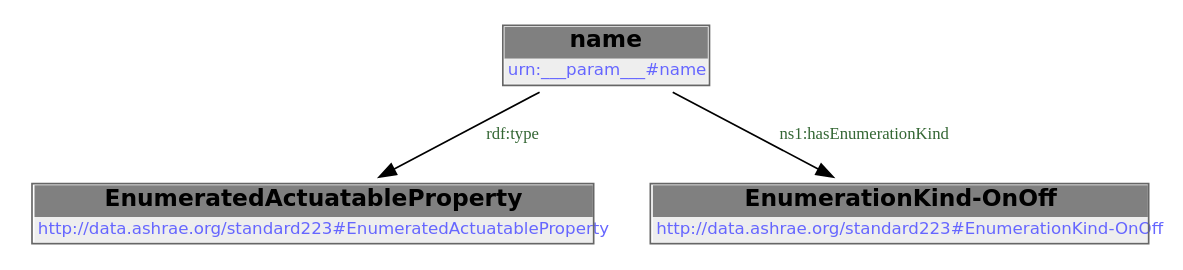
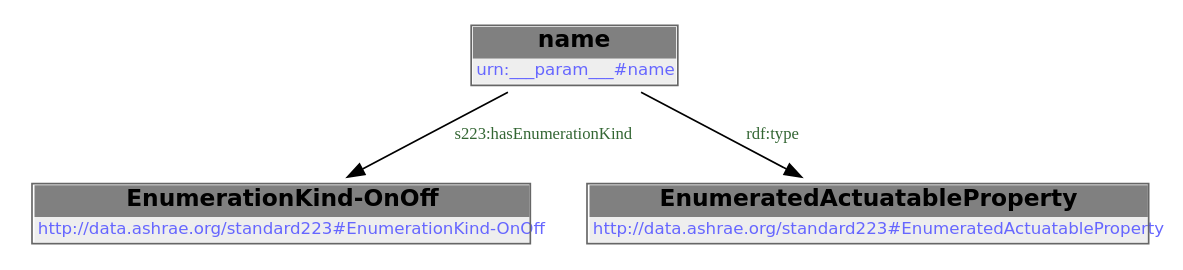
Before and after one commit to DataDrivenCPS/water-ontology: the diagram in docs/libraries/templates/on-off-command.rst, drawn with Graphviz. The commit also changed other lines of this file and 83 other files, not shown here.

```diff
--- a/docs/libraries/templates/on-off-command.rst
+++ b/docs/libraries/templates/on-off-command.rst
@@ -54,10 +45,13 @@
-        .. graphviz::
+.. graphviz::
 
-                digraph G {
-            node [fontname="DejaVu Sans"];
-            node0 -> node1 [color=BLACK, label=< <font point-size='10' color='#336633'>rdf:type</font> >];
-            node0 -> node2 [color=BLACK, label=< <font point-size='10' color='#336633'>ns1:hasEnumerationKind</font> >];
-            node0 [shape=none, color=black, label=< <table color='#666666' cellborder='0' cellspacing='0' border='1'><tr><td colspan='2' bgcolor='grey'><B>name</B></td></tr><tr><td href='urn:___param___#name' bgcolor='#eeeeee' colspan='2'><font point-size='10' color='#6666ff'>urn:___param___#name</font></td></tr></table> >];
-            node1 [shape=none, color=black, label=< <table color='#666666' cellborder='0' cellspacing='0' border='1'><tr><td colspan='2' bgcolor='grey'><B>EnumeratedActuatableProperty</B></td></tr><tr><td href='http://data.ashrae.org/standard223#EnumeratedActuatableProperty' bgcolor='#eeeeee' colspan='2'><font point-size='10' color='#6666ff'>http://data.ashrae.org/standard223#EnumeratedActuatableProperty</font></td></tr></table> >];
-            node2 [shape=none, color=black, label=< <table color='#666666' cellborder='0' cellspacing='0' border='1'><tr><td colspan='2' bgcolor='grey'><B>EnumerationKind-OnOff</B></td></tr><tr><td href='http://data.ashrae.org/standard223#EnumerationKind-OnOff' bgcolor='#eeeeee' colspan='2'><font point-size='10' color='#6666ff'>http://data.ashrae.org/standard223#EnumerationKind-OnOff</font></td></tr></table> >];
-            }
+    digraph {
+     node [ fontname="DejaVu Sans" ] ;
+        node0 -> node1 [ color=BLACK, label=< <font point-size='10' color='#336633'>s223:hasEnumerationKind</font> > ] ;
+        node0 -> node2 [ color=BLACK, label=< <font point-size='10' color='#336633'>rdf:type</font> > ] ;
+    # urn:___param___#name node0
+    node0 [ shape=none, color=black label=< <table color='#666666' cellborder='0' cellspacing='0' border='1'><tr><td colspan='2' bgcolor='grey'><B>name</B></td></tr><tr><td href='urn:___param___#name' bgcolor='#eeeeee' colspan='2'><font point-size='10' color='#6666ff'>urn:___param___#name</font></td></tr></table> > ]
+    # http://data.ashrae.org/standard223#EnumerationKind-OnOff node1
+    node1 [ shape=none, color=black label=< <table color='#666666' cellborder='0' cellspacing='0' border='1'><tr><td colspan='2' bgcolor='grey'><B>EnumerationKind-OnOff</B></td></tr><tr><td href='http://data.ashrae.org/standard223#EnumerationKind-OnOff' bgcolor='#eeeeee' colspan='2'><font point-size='10' color='#6666ff'>http://data.ashrae.org/standard223#EnumerationKind-OnOff</font></td></tr></table> > ]
+    # http://data.ashrae.org/standard223#EnumeratedActuatableProperty node2
+    node2 [ shape=none, color=black label=< <table color='#666666' cellborder='0' cellspacing='0' border='1'><tr><td colspan='2' bgcolor='grey'><B>EnumeratedActuatableProperty</B></td></tr><tr><td href='http://data.ashrae.org/standard223#EnumeratedActuatableProperty' bgcolor='#eeeeee' colspan='2'><font point-size='10' color='#6666ff'>http://data.ashrae.org/standard223#EnumeratedActuatableProperty</font></td></tr></table> > ]
+    }
```
